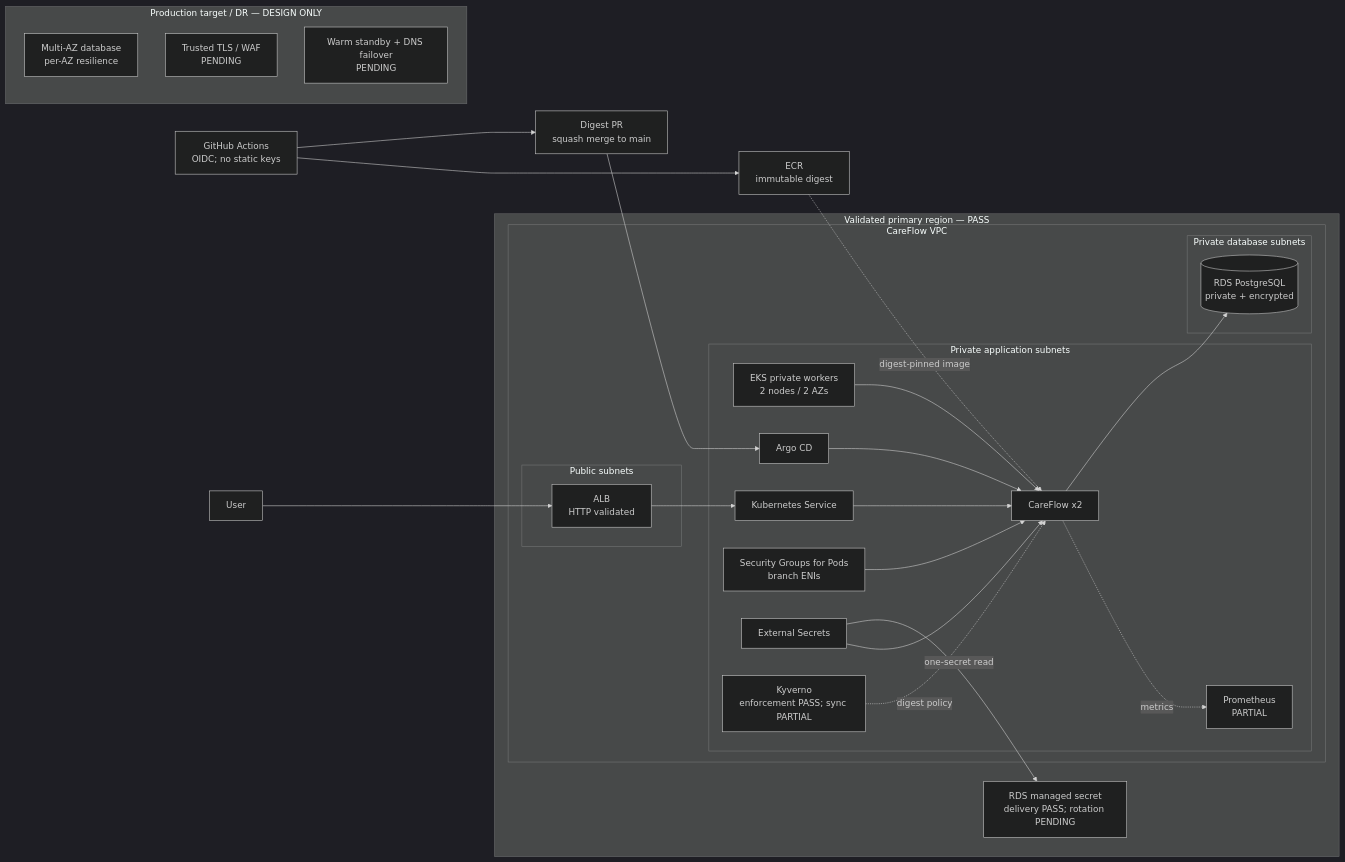
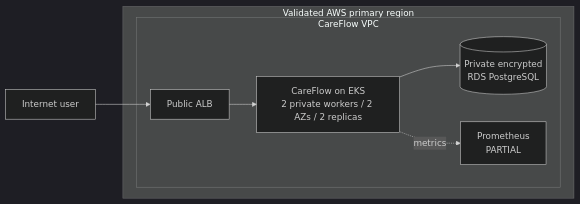
One commit to Shaharyarzd/enterprise-multiregion-cloud-platform changed the diagram in README.md. Above: the diagram before and after it, drawn with Mermaid (dark theme). The commit also changed other lines of this file and 3 other files, not shown here.

Commit message:
docs: simplify architecture diagrams

````diff
--- a/README.md
+++ b/README.md
@@ -30,51 +30,18 @@
 ```mermaid
 flowchart LR
-    USER["User"]
-    GH["GitHub Actions<br/>OIDC; no static keys"]
-    ECR["ECR<br/>immutable digest"]
-    MAIN["Digest PR<br/>squash merge to main"]
+    USER["Internet user"]
 
-    subgraph PRIMARY["Validated primary region — PASS"]
+    subgraph PRIMARY["Validated AWS primary region"]
         subgraph VPC["CareFlow VPC"]
-            subgraph PUBLIC["Public subnets"]
-                ALB["ALB<br/>HTTP validated"]
-            end
-            subgraph PRIVATE["Private application subnets"]
-                EKS["EKS private workers<br/>2 nodes / 2 AZs"]
-                ARGO["Argo CD"]
-                SVC["Kubernetes Service"]
-                CARE["CareFlow x2"]
-                SGP["Security Groups for Pods<br/>branch ENIs"]
-                ESO["External Secrets"]
-                KYV["Kyverno<br/>enforcement PASS; sync PARTIAL"]
-                PROM["Prometheus<br/>PARTIAL"]
-                EKS --> CARE
-                ARGO --> CARE
-                SGP --> CARE
-                ESO --> CARE
-                KYV -. "digest policy" .-> CARE
-                CARE -. "metrics" .-> PROM
-            end
-            subgraph DATA["Private database subnets"]
-                RDS[("RDS PostgreSQL<br/>private + encrypted")]
-            end
-            ALB --> SVC
-            SVC --> CARE
-            CARE --> RDS
+            ALB["Public ALB"]
+            APP["CareFlow on EKS<br/>2 private workers / 2 AZs / 2 replicas"]
+            RDS[("Private encrypted<br/>RDS PostgreSQL")]
+            OBS["Prometheus<br/>PARTIAL"]
+
+            ALB --> APP --> RDS
+            APP -. "metrics" .-> OBS
         end
-        SECRET["RDS managed secret<br/>delivery PASS; rotation PENDING"]
-        ESO -->|"one-secret read"| SECRET
-    end
-
-    subgraph TARGET["Production target / DR — DESIGN ONLY"]
-        HA["Multi-AZ database<br/>per-AZ resilience"]
-        TLS["Trusted TLS / WAF<br/>PENDING"]
-        DR["Warm standby + DNS failover<br/>PENDING"]
     end
 
     USER --> ALB
-    GH --> ECR
-    GH --> MAIN
-    MAIN --> ARGO
-    ECR -. "digest-pinned image" .-> CARE
 ```
````
